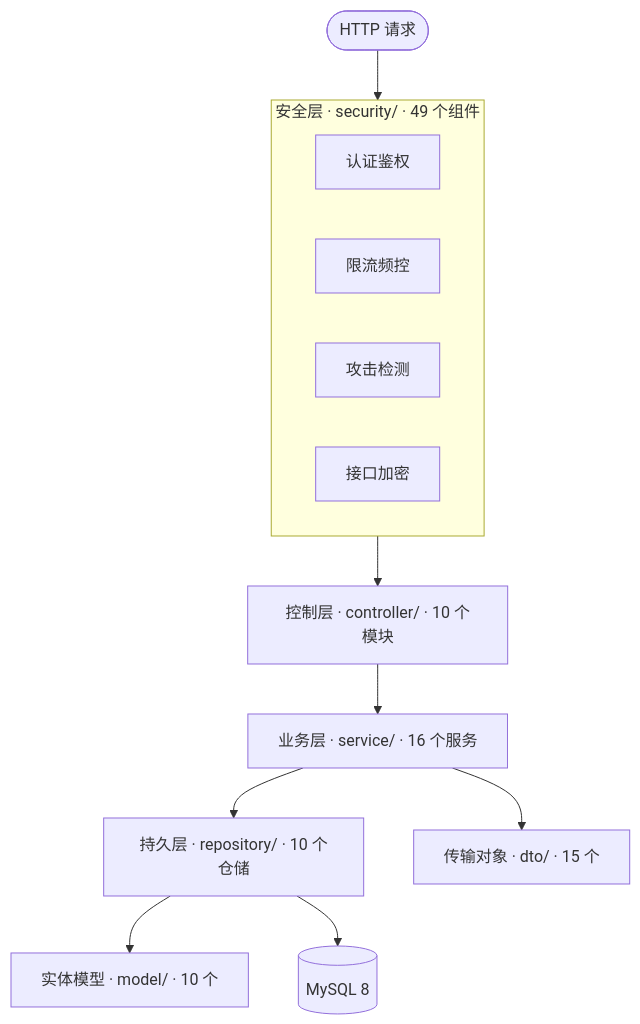
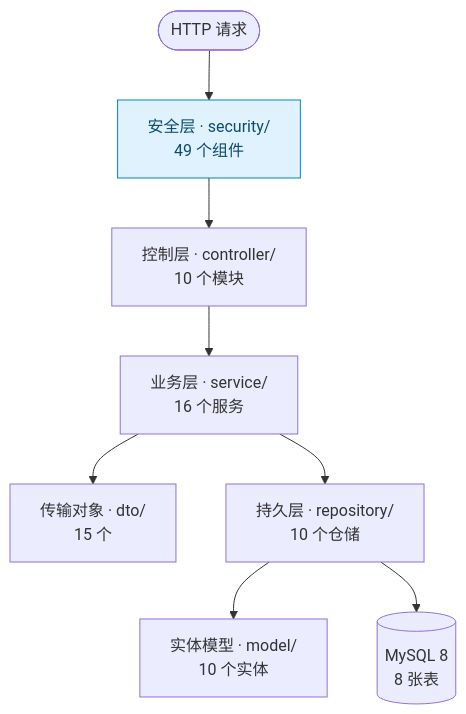
Before and after one commit to xuanxuan205/Classic-cloud-source: the third of 4 diagrams in README.md, drawn with Mermaid. The commit also changed other lines of this file, not shown here.

````diff
--- a/README.md
+++ b/README.md
@@ -121,18 +183,13 @@
 ```mermaid
 flowchart TB
-    REQ(["HTTP 请求"]) --> SEC
+    REQ(["HTTP 请求"]) --> SEC["安全层 · security/<br/>49 个组件"]
 
-    subgraph SEC["安全层 · security/ · 49 个组件"]
-        S1["认证鉴权"]
-        S2["限流频控"]
-        S3["攻击检测"]
-        S4["接口加密"]
-    end
+    SEC --> CTRL["控制层 · controller/<br/>10 个模块"]
+    CTRL --> SVC["业务层 · service/<br/>16 个服务"]
+    SVC --> DTO["传输对象 · dto/<br/>15 个"]
+    SVC --> REPO["持久层 · repository/<br/>10 个仓储"]
+    REPO --> MODEL["实体模型 · model/<br/>10 个实体"]
+    REPO --> DB[("MySQL 8<br/>8 张表")]
 
-    SEC --> CTRL["控制层 · controller/ · 10 个模块"]
-    CTRL --> SVC["业务层 · service/ · 16 个服务"]
-    SVC --> REPO["持久层 · repository/ · 10 个仓储"]
-    SVC --> DTO["传输对象 · dto/ · 15 个"]
-    REPO --> MODEL["实体模型 · model/ · 10 个"]
-    REPO --> DB[("MySQL 8")]
+    style SEC fill:#e0f2fe,stroke:#0284c7,color:#0c4a6e
 ```
````
